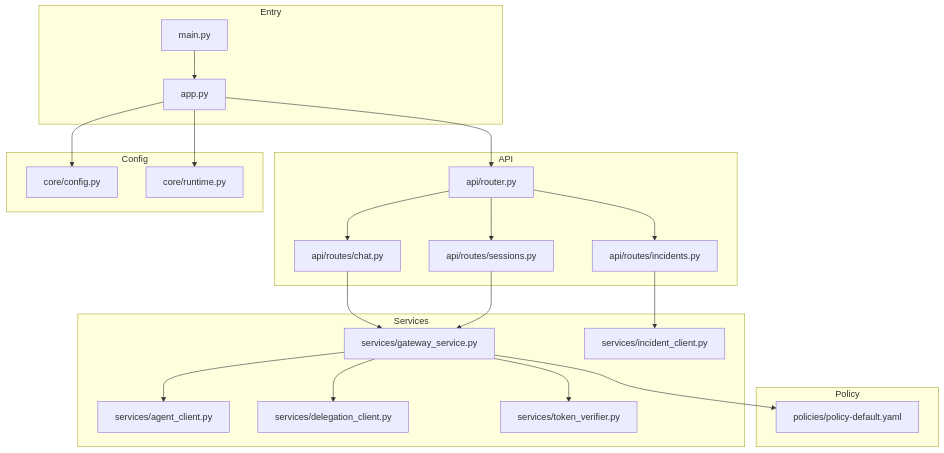
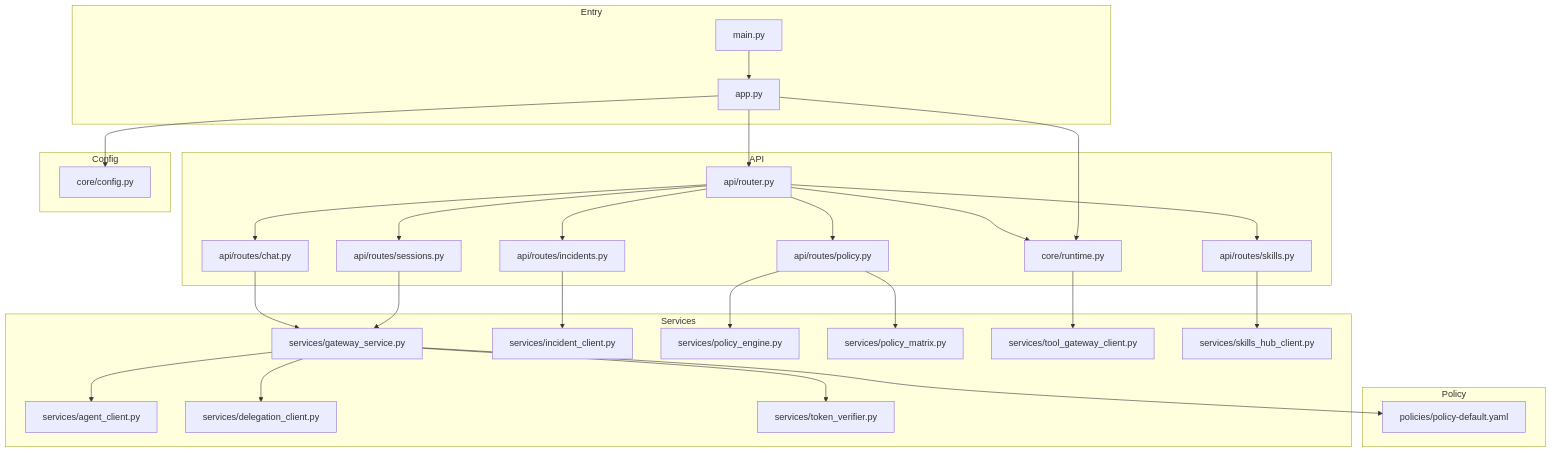
Before and after one commit to metasync/luban-aiops: the first of 14 diagrams in .qoder/repowiki/en/content/Architecture Documentation/Platform Gateway Service.md, drawn with Mermaid. The commit also changed other lines of this file and 26 other files, not shown here.

````diff
--- a/.qoder/repowiki/en/content/Architecture Documentation/Platform Gateway Service.md
+++ b/.qoder/repowiki/en/content/Architecture Documentation/Platform Gateway Service.md
@@ -69,41 +79,55 @@
 ```mermaid
 graph TB
 subgraph "Entry"
 M["main.py"]
 A["app.py"]
 end
 subgraph "API"
 R["api/router.py"]
 RC["api/routes/chat.py"]
 RS["api/routes/sessions.py"]
 RI["api/routes/incidents.py"]
+RP["api/routes/policy.py"]
+RT["api/routes/tools.py"]
+RK["api/routes/skills.py"]
 end
 subgraph "Services"
 GS["services/gateway_service.py"]
 AC["services/agent_client.py"]
 IC["services/incident_client.py"]
 DC["services/delegation_client.py"]
 TV["services/token_verifier.py"]
+PE["services/policy_engine.py"]
+PM["services/policy_matrix.py"]
+TGC["services/tool_gateway_client.py"]
+SHC["services/skills_hub_client.py"]
 end
 subgraph "Policy"
 P["policies/policy-default.yaml"]
 end
 subgraph "Config"
 CFG["core/config.py"]
 RT["core/runtime.py"]
 end
 M --> A
 A --> R
 R --> RC
 R --> RS
 R --> RI
+R --> RP
+R --> RT
+R --> RK
 RC --> GS
 RS --> GS
 RI --> IC
+RP --> PE
+RP --> PM
+RT --> TGC
+RK --> SHC
 GS --> AC
 GS --> DC
 GS --> TV
 GS --> P
 A --> CFG
 A --> RT
 ```
````
